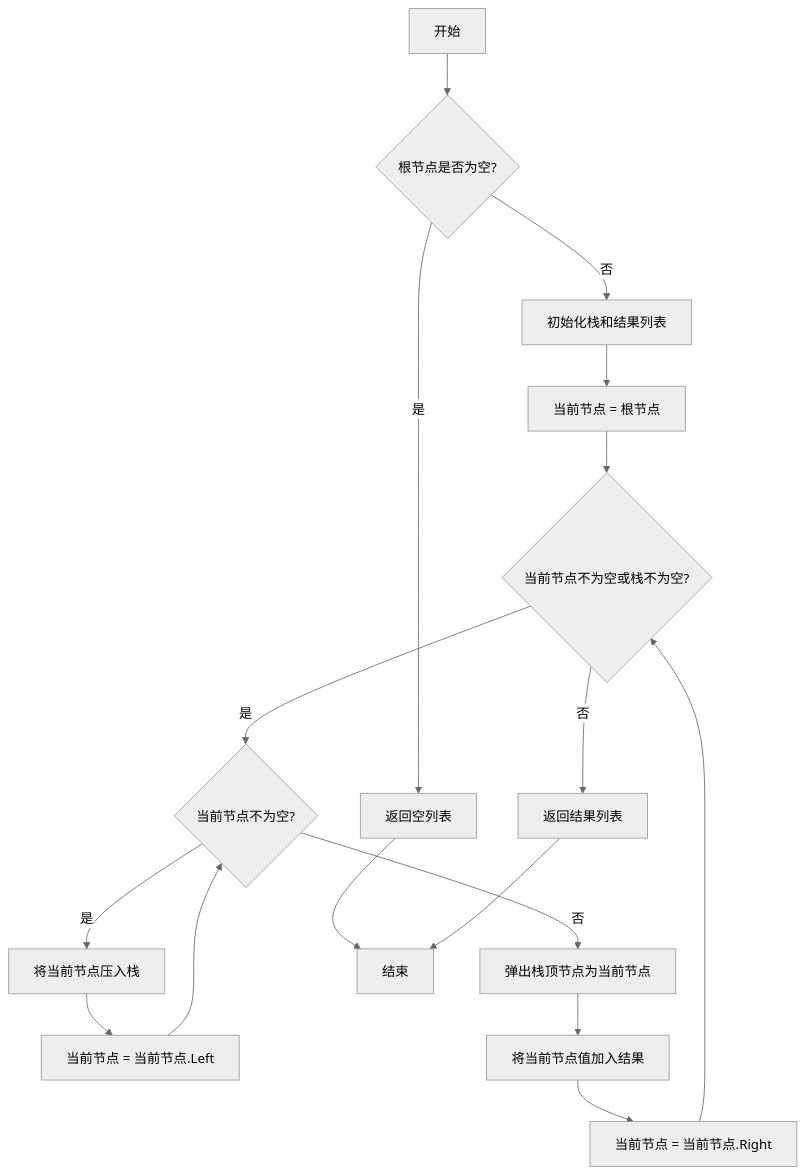
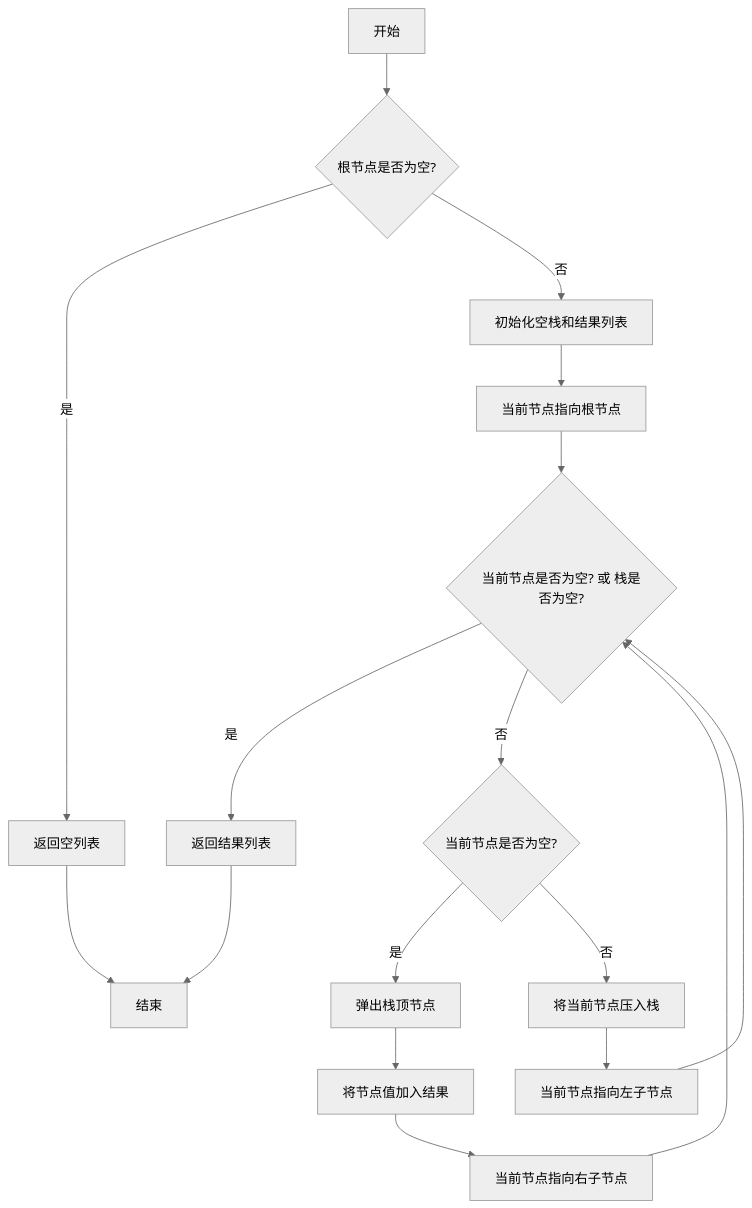
The diagram in interview/labuladong/打卡/16-二叉树/0094.md (UlricYang/octarine-sync), drawn with Mermaid (neutral theme) before and after one commit. The commit also changed other lines of this file and 9 other files, not shown here.

````diff
--- a/interview/labuladong/打卡/16-二叉树/0094.md
+++ b/interview/labuladong/打卡/16-二叉树/0094.md
@@ -314,19 +321,19 @@
 ```mermaid
 graph TD
     A[开始] --> B{根节点是否为空?};
     B -- 是 --> C[返回空列表];
-    B -- 否 --> D[初始化栈和结果列表];
-    D --> E[当前节点 = 根节点];
-    E --> F{当前节点不为空或栈不为空?};
-    F -- 是 --> G{当前节点不为空?};
-    G -- 是 --> H[将当前节点压入栈];
-    H --> I[当前节点 = 当前节点.Left];
-    I --> G;
-    G -- 否 --> J[弹出栈顶节点为当前节点];
-    J --> K[将当前节点值加入结果];
-    K --> L[当前节点 = 当前节点.Right];
-    L --> F;
-    F -- 否 --> M[返回结果列表];
+    B -- 否 --> D[初始化空栈和结果列表];
+    D --> E[当前节点指向根节点];
+    E --> F{当前节点是否为空? 或 栈是否为空?};
+    F -- 是 --> G[返回结果列表];
+    F -- 否 --> H{当前节点是否为空?};
+    H -- 是 --> I[弹出栈顶节点];
+    H -- 否 --> J[将当前节点压入栈];
+    J --> K[当前节点指向左子节点];
+    K --> F;
+    I --> L[将节点值加入结果];
+    L --> M[当前节点指向右子节点];
+    M --> F;
     C --> N[结束];
-    M --> N;
+    G --> N;
 ```
````
